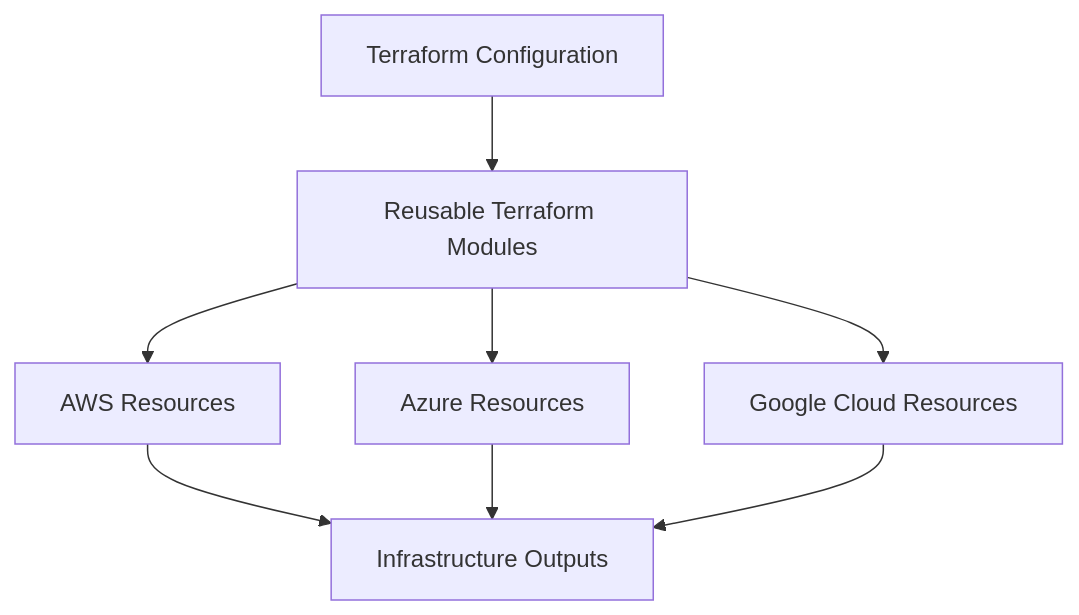
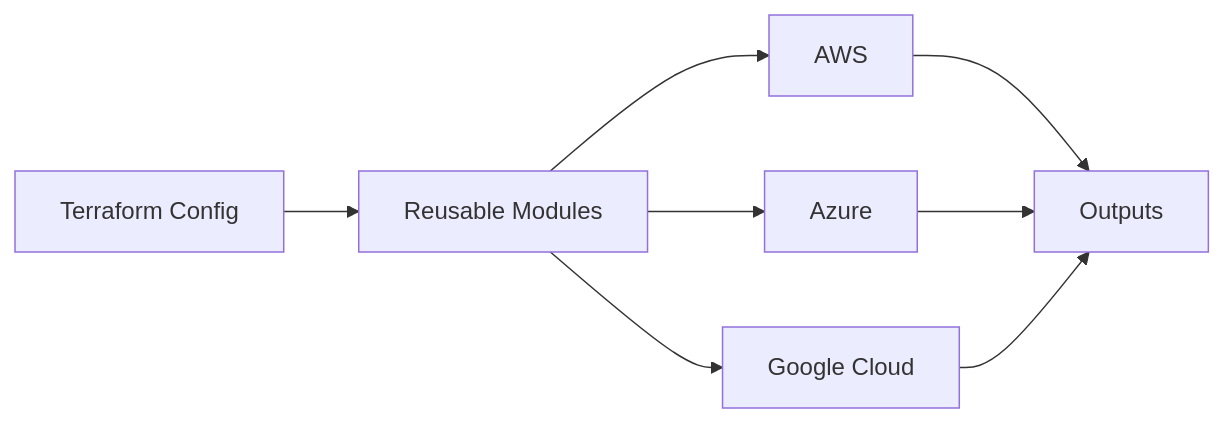
The third of 8 diagrams in README.md (manesaurabh1704-devops/manesaurabh1704-devops), drawn with Mermaid before and after one commit. The commit also changed other lines of this file, not shown here.

````diff
--- a/README.md
+++ b/README.md
@@ -375,10 +191,7 @@
 ```mermaid
-flowchart TD
-    A["Terraform Configuration"] --> B["Reusable Terraform Modules"]
-    B --> C["AWS Resources"]
-    B --> D["Azure Resources"]
-    B --> E["Google Cloud Resources"]
-    C --> F["Infrastructure Outputs"]
-    D --> F
-    E --> F
+flowchart LR
+    A["Terraform Config"] --> B["Reusable Modules"]
+    B --> C["AWS"] --> F["Outputs"]
+    B --> D["Azure"] --> F
+    B --> E["Google Cloud"] --> F
 ```
````
